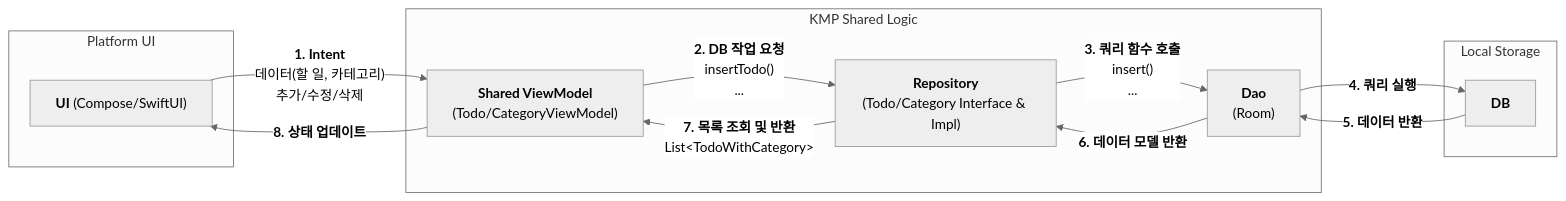
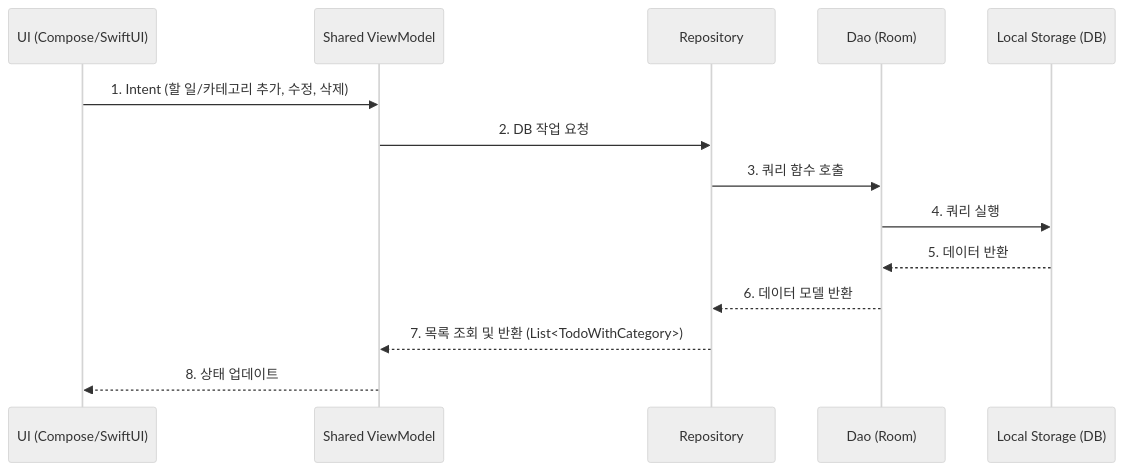
One commit to yunn-hj/KMP changed the second of 2 diagrams in README.md. Above: the diagram before and after it, drawn with Mermaid. The commit also changed other lines of this file, not shown here.

````diff
--- a/README.md
+++ b/README.md
@@ -75,30 +84,20 @@
 ```mermaid
 %%{init: {'theme': 'neutral' } }%%
-graph LR
-    subgraph Platform UI
-        A["<b>UI</b> (Compose/SwiftUI)"] 
-    end
+sequenceDiagram
+    participant UI as UI (Compose/SwiftUI)
+    participant VM as Shared ViewModel
+    participant Repo as Repository
+    participant Dao as Dao (Room)
+    participant DB as Local Storage (DB)
 
-    subgraph KMP Shared Logic 
-        B["<b>Shared ViewModel</b></br>(Todo/CategoryViewModel)"]
-        C["<b>Repository</b></br>(Todo/Category Interface & Impl)"]
-        D["<b>Dao</b></br>(Room)"]
-    end
+    UI->>VM: 1. Intent (할 일/카테고리 추가, 수정, 삭제)
+    VM->>Repo: 2. DB 작업 요청
+    Repo->>Dao: 3. 쿼리 함수 호출
+    Dao->>DB: 4. 쿼리 실행
 
-    subgraph Local Storage
-        E["<b>DB</b>"]
-    end
-
-    %% --- Request Flow ---
-    A -- "<b>1. Intent</b></br>데이터(할 일, 카테고리)</br>추가/수정/삭제" --> B
-    B -- "<b>2. DB 작업 요청</b></b></br>insertTodo()</br>..." --> C
-    C -- "<b>3. 쿼리 함수 호출</b></br>insert()</br>..." --> D
-    D -- "<b>4. 쿼리 실행</b>" --> E
-
-    %% --- Response Flow ---
-    E -- "<b>5. 데이터 반환</b>" --> D
-    D -- "<b>6. 데이터 모델 반환</b>" --> C
-    C -- "<b>7. 목록 조회 및 반환</b></br>List&lt;TodoWithCategory&gt;" --> B
-    B -- "<b>8. 상태 업데이트</b>" --> A
+    DB-->>Dao: 5. 데이터 반환
+    Dao-->>Repo: 6. 데이터 모델 반환
+    Repo-->>VM: 7. 목록 조회 및 반환 (List<TodoWithCategory>)
+    VM-->>UI: 8. 상태 업데이트
 
 ```
````
